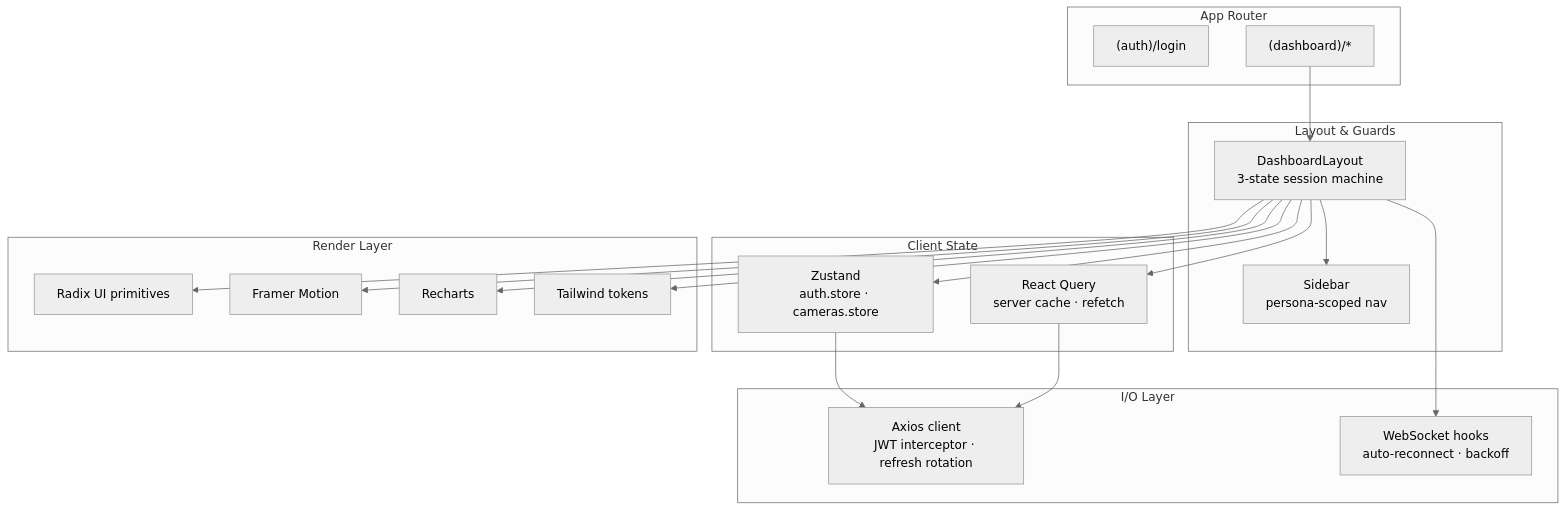
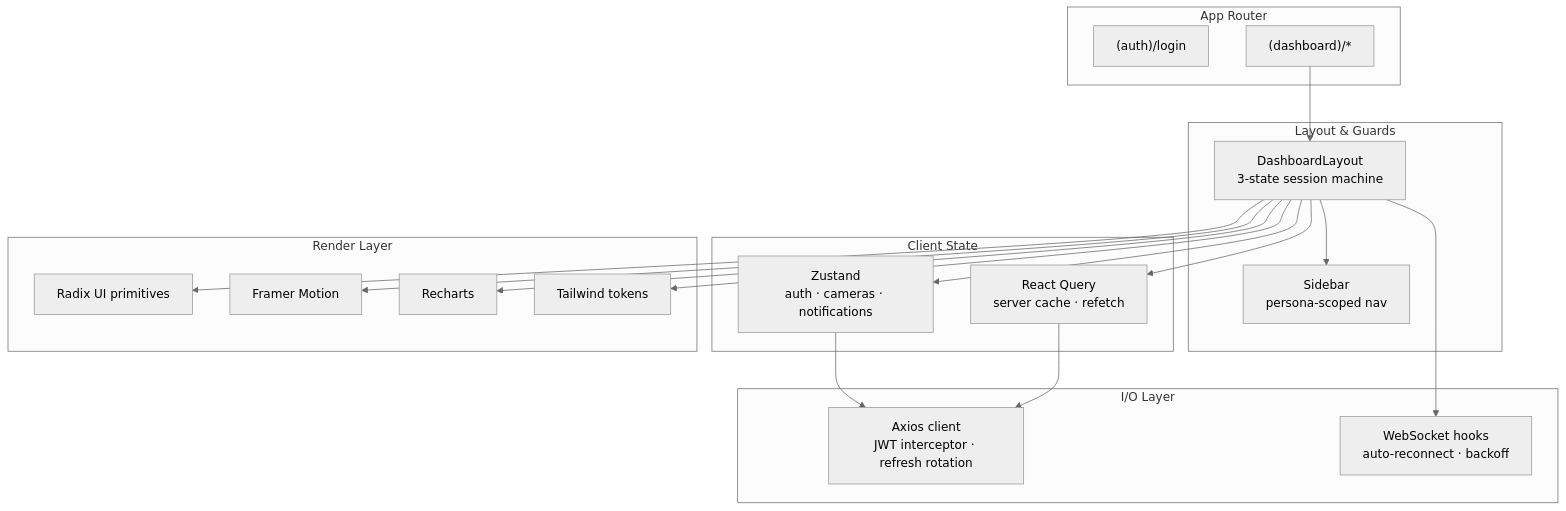
One commit to trivediyash154-source/ASEP-2 changed the seventh of 22 diagrams in README.md. Above: the diagram before and after it, drawn with Mermaid (neutral theme). The commit also changed other lines of this file and 16 other files, not shown here.

````diff
--- a/README.md
+++ b/README.md
@@ -246,36 +403,31 @@
 ```mermaid
 graph TB
     subgraph Routes[App Router]
         AUTH_R["(auth)/login"]
         DASH_R["(dashboard)/*"]
     end
-
     subgraph Layout[Layout & Guards]
         DL[DashboardLayout<br/>3-state session machine]
         SB[Sidebar<br/>persona-scoped nav]
     end
-
     subgraph State[Client State]
-        ZS[Zustand<br/>auth.store · cameras.store]
+        ZS[Zustand<br/>auth · cameras · notifications]
         RQ[React Query<br/>server cache · refetch]
     end
-
     subgraph IO[I/O Layer]
         AX[Axios client<br/>JWT interceptor · refresh rotation]
         WS_C[WebSocket hooks<br/>auto-reconnect · backoff]
     end
-
     subgraph Render[Render Layer]
         UI[Radix UI primitives]
         FM[Framer Motion]
         RC[Recharts]
         TW[Tailwind tokens]
     end
 
     DASH_R --> DL --> SB
-    DL --> ZS
-    ZS --> AX
+    DL --> ZS --> AX
     DL --> RQ --> AX
     DL --> WS_C
     DL --> UI & FM & RC & TW
 ```
````
